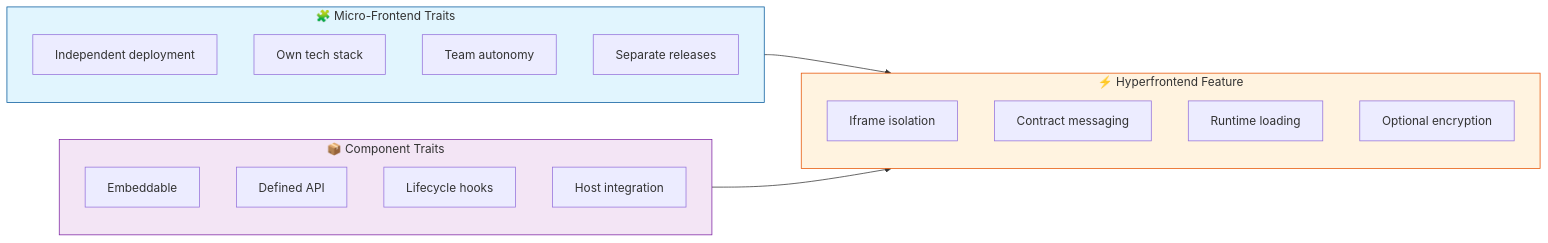
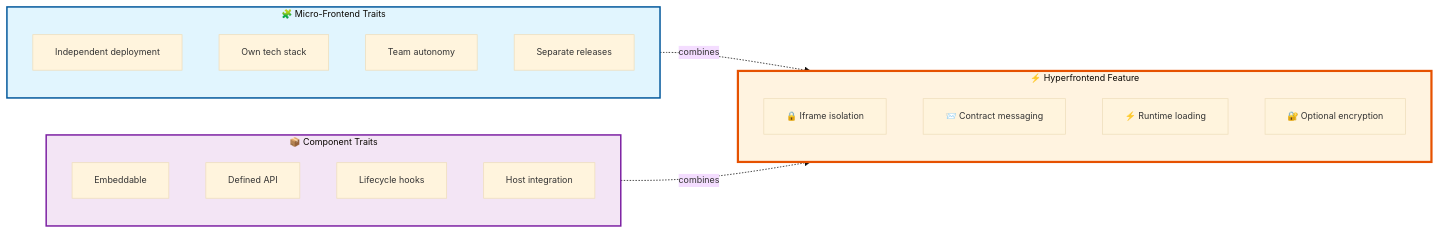
Before and after one commit to AndrewRedican/hyperfrontend: the diagram in README.md, drawn with Mermaid. The commit also changed 2 other files, not shown here.

Commit message:
docs(@hyperfrontend/workspace): use mermaid diagram for readme.md

````diff
--- a/README.md
+++ b/README.md
@@ -48,33 +48,39 @@
 ```mermaid
+---
+config:
+  theme: base
+  themeVariables:
+    fontSize: 12px
+---
 flowchart LR
     subgraph MF["🧩 Micro-Frontend Traits"]
         direction TB
         M1["Independent deployment"]
         M2["Own tech stack"]
         M3["Team autonomy"]
         M4["Separate releases"]
-    end
-
-    subgraph HF["⚡ Hyperfrontend Feature"]
-        direction TB
-        H1["Iframe isolation"]
-        H2["Contract messaging"]
-        H3["Runtime loading"]
-        H4["Optional encryption"]
     end
 
     subgraph CP["📦 Component Traits"]
         direction TB
         C1["Embeddable"]
         C2["Defined API"]
         C3["Lifecycle hooks"]
         C4["Host integration"]
     end
 
-    MF --> HF
-    CP --> HF
+    subgraph HF["⚡ Hyperfrontend Feature"]
+        direction TB
+        H1["🔒 Iframe isolation"]
+        H2["📨 Contract messaging"]
+        H3["⚡ Runtime loading"]
+        H4["🔐 Optional encryption"]
+    end
 
-    style MF fill:#e1f5fe,stroke:#01579b
-    style HF fill:#fff3e0,stroke:#e65100
-    style CP fill:#f3e5f5,stroke:#7b1fa2
+    MF -.->|combines| HF
+    CP -.->|combines| HF
+
+    style MF fill:#e1f5fe,stroke:#01579b,stroke-width:2px
+    style CP fill:#f3e5f5,stroke:#7b1fa2,stroke-width:2px
+    style HF fill:#fff3e0,stroke:#e65100,stroke-width:3px
 ```
````
